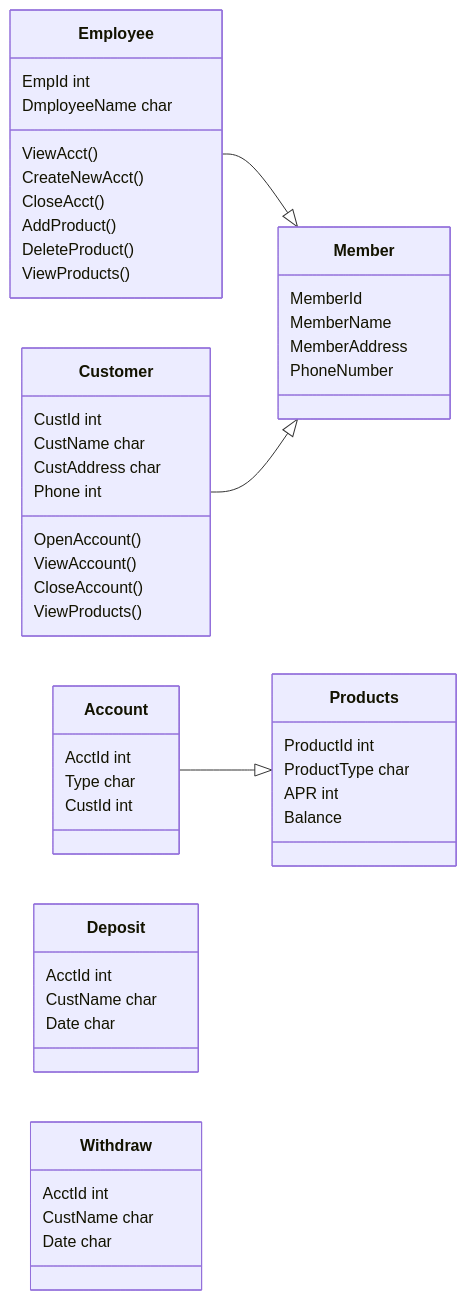
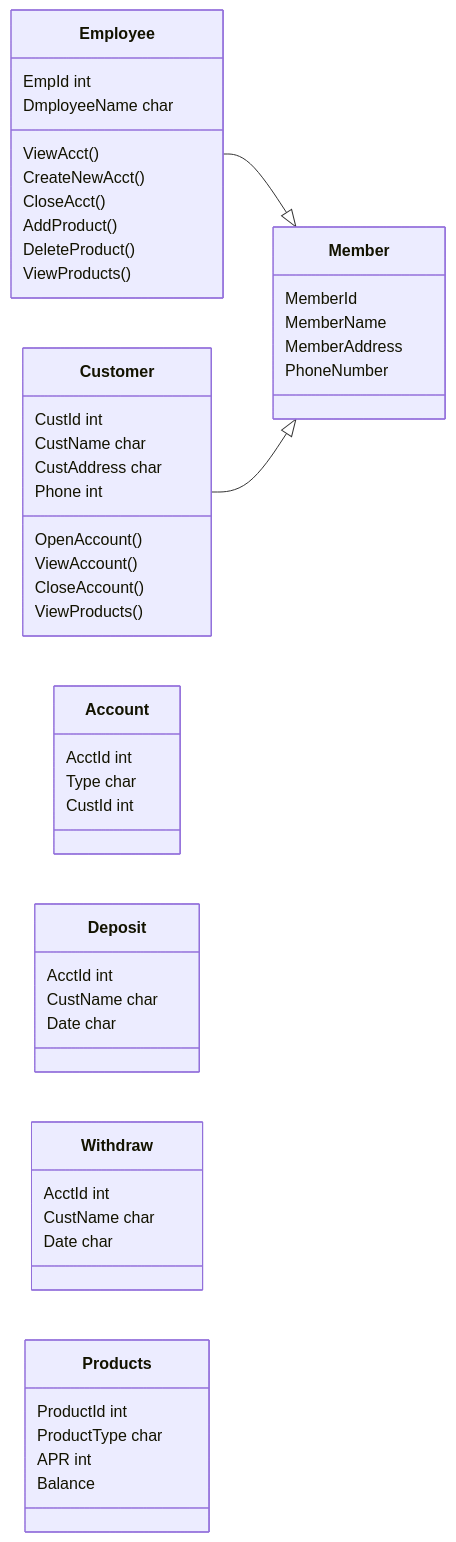
The diagram in mermaid.md (Marcus-Snell/Test), drawn with Mermaid before and after one commit.

````diff
--- a/mermaid.md
+++ b/mermaid.md
@@ -1,53 +1,53 @@
 ```mermaid
 classDiagram
 direction LR
 Member
 Member : MemberId
 Member : MemberName
 Member : MemberAddress
 Member : PhoneNumber
 
 Employee --|> Member
 Employee : EmpId int
 Employee : DmployeeName char
 Employee : ViewAcct()
 Employee : CreateNewAcct()
 Employee : CloseAcct()
 Employee : AddProduct()
 Employee : DeleteProduct()
 Employee : ViewProducts()
   
 
 Customer --|> Member
 Customer : CustId int
 Customer : CustName char
 Customer : CustAddress char
 Customer : Phone int
 Customer : OpenAccount()
 Customer : ViewAccount()
 Customer : CloseAccount()
 Customer : ViewProducts()
 
-Account --|> Products
+Account
 Account : AcctId int
 Account : Type char
 Account : CustId int
 
 Deposit
 Deposit : AcctId int
 Deposit : CustName char
 Deposit : Date char
 
 Withdraw
 Withdraw : AcctId int
 Withdraw : CustName char
 Withdraw : Date char
 
 
 Products : ProductId int
 Products : ProductType char
 Products : APR int
 Products : Balance
 
 
 ```
````
